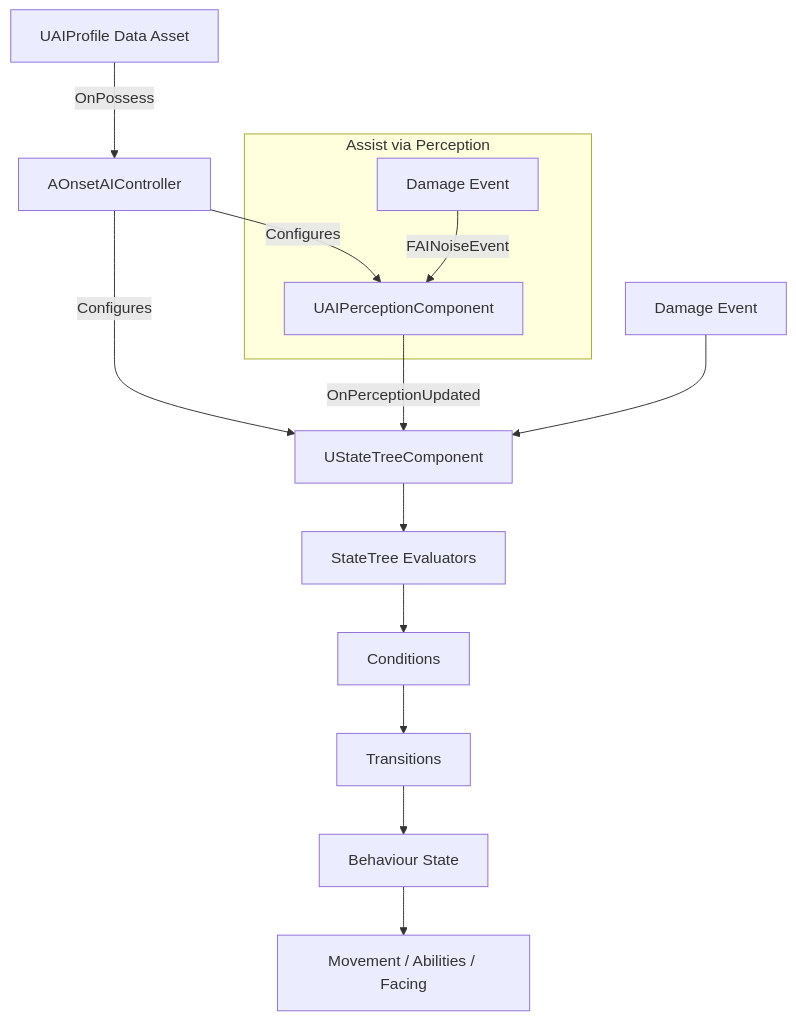
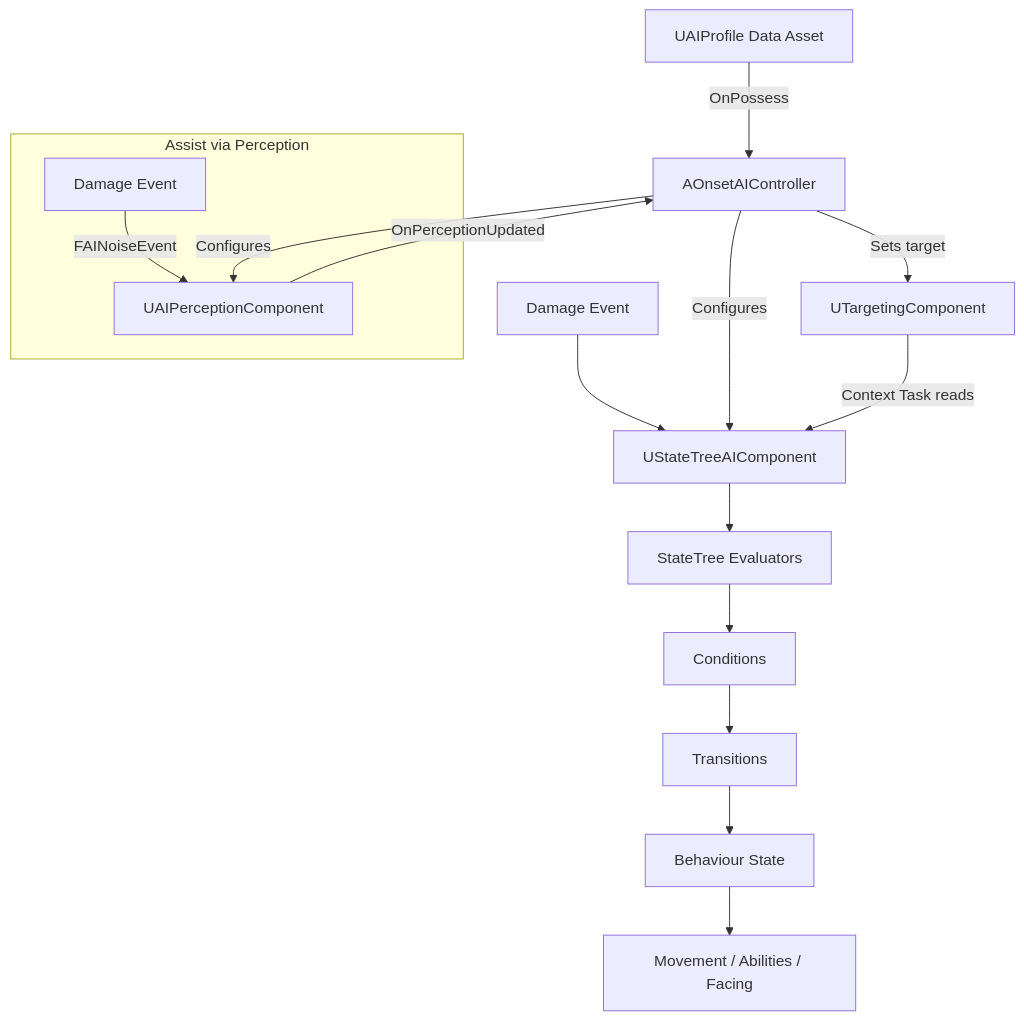
One commit to maximoh-mmo/PortfolioTutorial changed the second of 2 diagrams in Docs/AI/NPC_AI_System.md. Above: the diagram before and after it, drawn with Mermaid. The commit also changed other lines of this file and 4 other files, not shown here.

````diff
--- a/Docs/AI/NPC_AI_System.md
+++ b/Docs/AI/NPC_AI_System.md
@@ -119,19 +120,21 @@
 ```mermaid
 flowchart TD
     Profile[UAIProfile Data Asset] -->|OnPossess| AIC[AOnsetAIController]
-    AIC -->|Configures| STComp[UStateTreeComponent]
+    AIC -->|Configures| STComp[UStateTreeAIComponent]
     AIC -->|Configures| PComp[UAIPerceptionComponent]
 
     subgraph PE[Assist via Perception]
         Dmg[Damage Event] -->|FAINoiseEvent| PComp
     end
 
-    PComp -->|OnPerceptionUpdated| STComp
+    PComp -->|OnPerceptionUpdated| AIC
+    AIC -->|Sets target| TargetComp[UTargetingComponent]
     DE[Damage Event] --> STComp
+    TargetComp -->|Context Task reads| STComp
 
     STComp --> Eval[StateTree Evaluators]
     Eval --> Cond[Conditions]
     Cond --> Trans[Transitions]
     Trans --> State[Behaviour State]
     State --> Move[Movement / Abilities / Facing]
 ```
````
